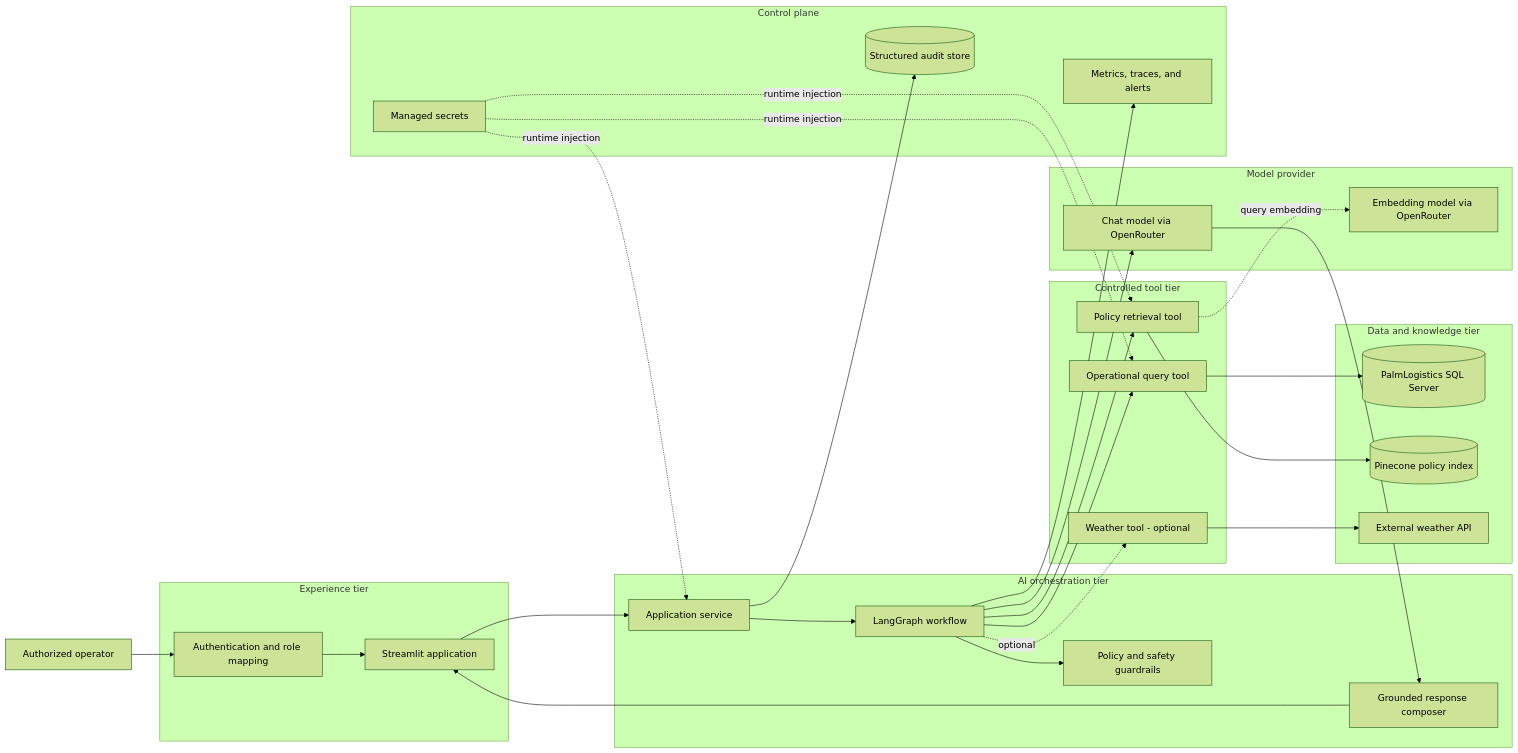
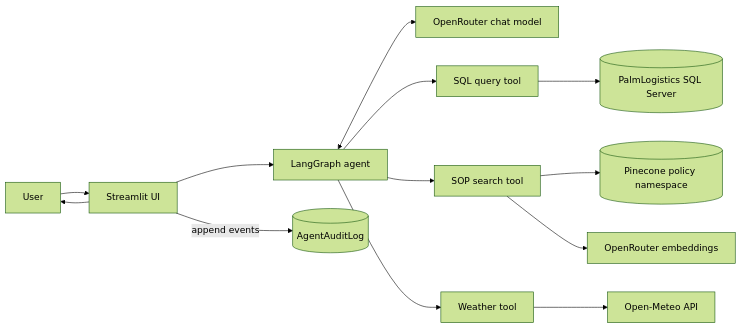
One commit to farazahmad-ai/palm-logistics-ai-assistant changed the first of 7 diagrams in docs/architecture.md. Above: the diagram before and after it, drawn with Mermaid (forest theme). The commit also changed other lines of this file and 8 other files, not shown here.

Commit message:
docs: align architecture and deployment roadmap

````diff
--- a/docs/architecture.md
+++ b/docs/architecture.md
@@ -56,52 +24,26 @@
 ```mermaid
 flowchart LR
-    U[Authorized operator]
+    USER[User]
+    UI[Streamlit UI]
+    AGENT[LangGraph agent]
+    MODEL[OpenRouter chat model]
 
-    subgraph Experience[Experience tier]
-        UI[Streamlit application]
-        AUTH[Authentication and role mapping]
-    end
+    SQLTOOL[SQL query tool]
+    SOPTOOL[SOP search tool]
+    WEATHERTOOL[Weather tool]
 
-    subgraph Orchestration[AI orchestration tier]
-        API[Application service]
-        GRAPH[LangGraph workflow]
-        POLICY[Policy and safety guardrails]
-        SYNTH[Grounded response composer]
-    end
+    SQL[(PalmLogistics SQL Server)]
+    PINE[(Pinecone policy namespace)]
+    WEATHER[Open-Meteo API]
+    EMBED[OpenRouter embeddings]
+    AUDIT[(AgentAuditLog)]
 
-    subgraph Tools[Controlled tool tier]
-        SQLT[Operational query tool]
-        RAGT[Policy retrieval tool]
-        WXT[Weather tool - optional]
-    end
-
-    subgraph Data[Data and knowledge tier]
-        SQL[(PalmLogistics SQL Server)]
-        PC[(Pinecone policy index)]
-        WX[External weather API]
-    end
-
-    subgraph Models[Model provider]
-        LLM[Chat model via OpenRouter]
-        EMB[Embedding model via OpenRouter]
-    end
-
-    subgraph Control[Control plane]
-        AUDIT[(Structured audit store)]
-        OBS[Metrics, traces, and alerts]
-        SECRETS[Managed secrets]
-    end
-
-    U --> AUTH --> UI --> API --> GRAPH
-    GRAPH --> POLICY
-    GRAPH --> SQLT --> SQL
-    GRAPH --> RAGT --> PC
-    GRAPH -. optional .-> WXT --> WX
-    GRAPH --> LLM --> SYNTH --> UI
-    RAGT -. query embedding .-> EMB
-    API --> AUDIT
-    GRAPH --> OBS
-    SECRETS -. runtime injection .-> API
-    SECRETS -. runtime injection .-> SQLT
-    SECRETS -. runtime injection .-> RAGT
+    USER --> UI --> AGENT
+    AGENT <--> MODEL
+    AGENT --> SQLTOOL --> SQL
+    AGENT --> SOPTOOL --> PINE
+    SOPTOOL --> EMBED
+    AGENT --> WEATHERTOOL --> WEATHER
+    UI -->|append events| AUDIT
+    UI --> USER
 ```
````
